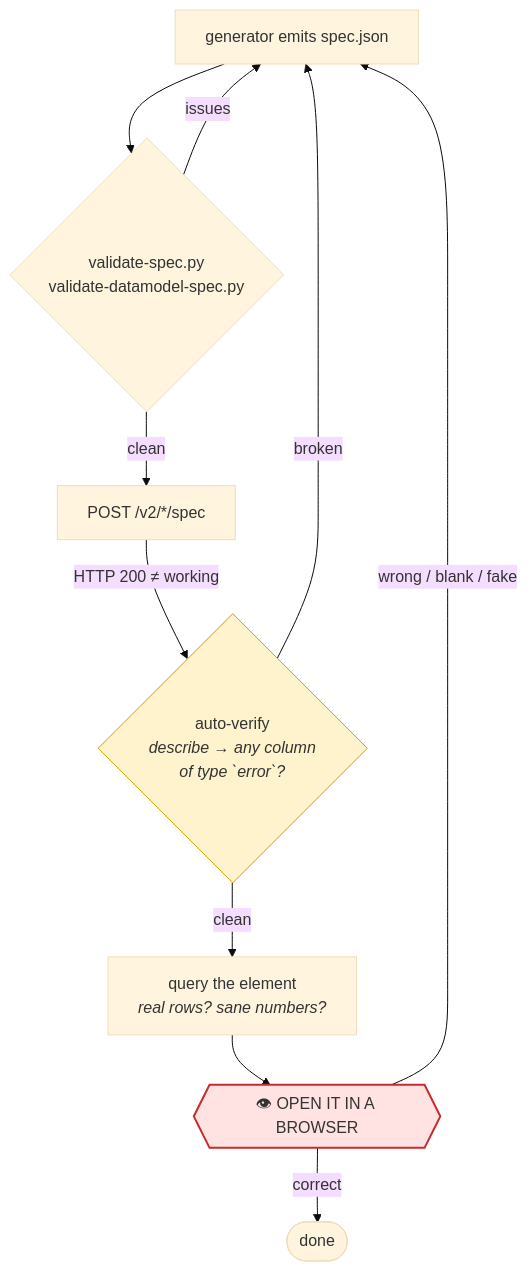
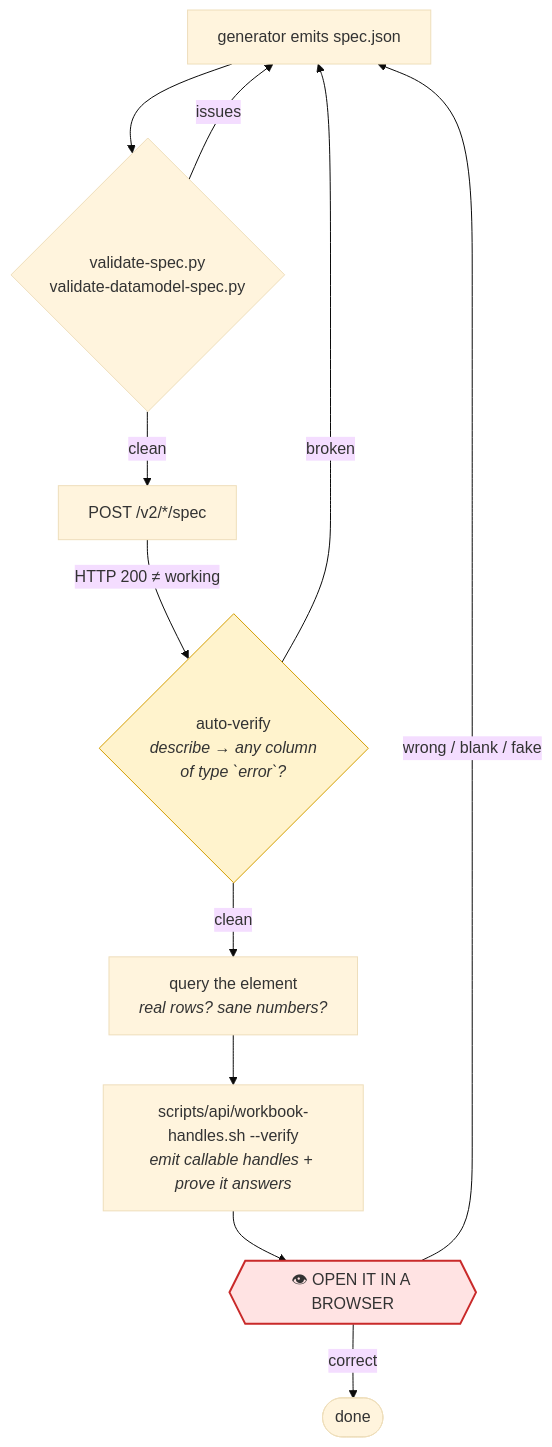
One commit to jeffreykortis-hash/customdemo changed the fifth of 6 diagrams in README.md. Above: the diagram before and after it, drawn with Mermaid (base theme). The commit also changed other lines of this file, not shown here.

````diff
--- a/README.md
+++ b/README.md
@@ -190,15 +190,16 @@
 ```mermaid
 flowchart TD
     G[generator emits spec.json] --> V1{"validate-spec.py<br/>validate-datamodel-spec.py"}
     V1 -->|issues| G
     V1 -->|clean| POST[POST /v2/*/spec]
     POST -->|"HTTP 200 ≠ working"| AV{"auto-verify<br/><i>describe → any column<br/>of type `error`?</i>"}
     AV -->|broken| G
     AV -->|clean| Q["query the element<br/><i>real rows? sane numbers?</i>"]
-    Q --> EYE{{"👁 OPEN IT IN A BROWSER"}}
+    Q --> H["scripts/api/workbook-handles.sh --verify<br/><i>emit callable handles + prove it answers</i>"]
+    H --> EYE{{"👁 OPEN IT IN A BROWSER"}}
     EYE -->|"wrong / blank / fake"| G
     EYE -->|correct| DONE([done])
 
     style EYE fill:#ffe3e3,stroke:#c92a2a,stroke-width:2px
     style AV fill:#fff3cd,stroke:#d39e00
 ```
````
